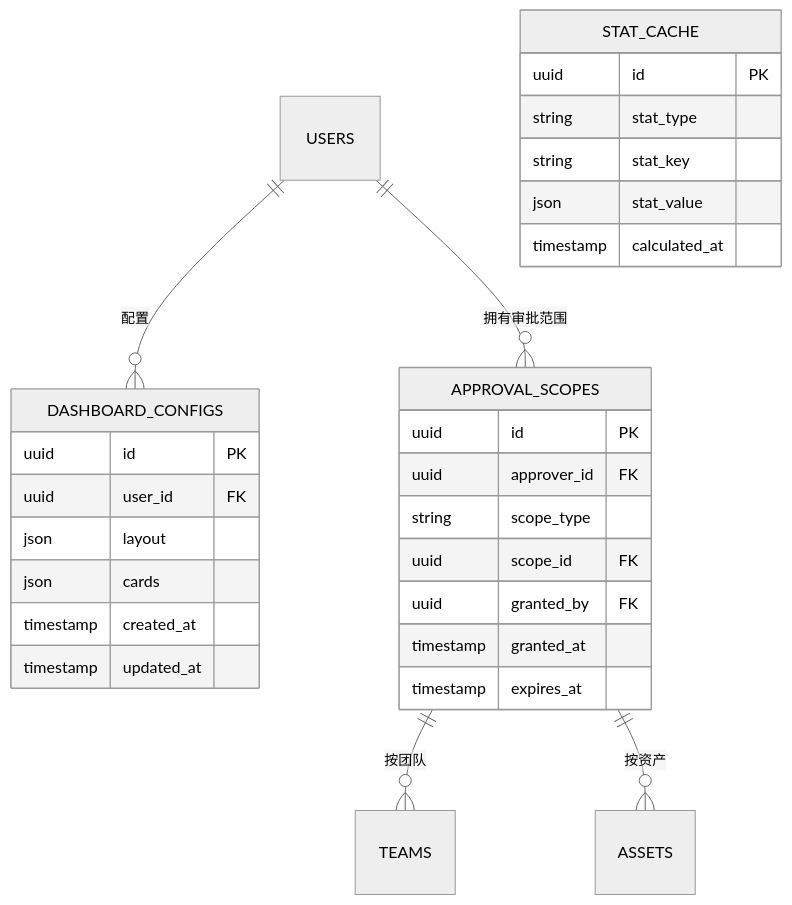
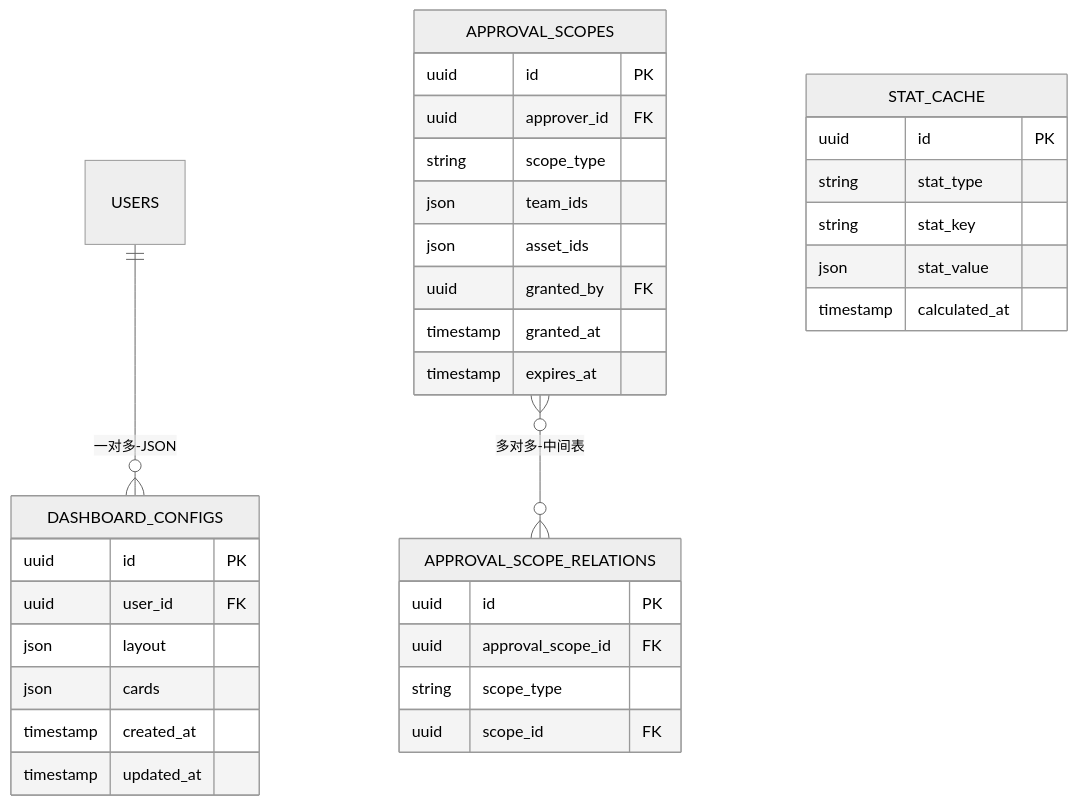
One commit to dayutech/Vuln-Audit-Lifecycle-Management changed the ninth of 11 diagrams in docs/design/er_diagram.md. Above: the diagram before and after it, drawn with Mermaid (neutral theme). The commit also changed other lines of this file and 7 other files, not shown here.

````diff
--- a/docs/design/er_diagram.md
+++ b/docs/design/er_diagram.md
@@ -605,34 +628,40 @@
 ```mermaid
 erDiagram
-    USERS ||--o{ DASHBOARD_CONFIGS : "配置"
-    USERS ||--o{ APPROVAL_SCOPES : "拥有审批范围"
-    APPROVAL_SCOPES ||--o{ TEAMS : "按团队"
-    APPROVAL_SCOPES ||--o{ ASSETS : "按资产"
+    USERS ||--o{ DASHBOARD_CONFIGS : "一对多-JSON"
+    APPROVAL_SCOPES }o--o{ APPROVAL_SCOPE_RELATIONS : "多对多-中间表"
     
     DASHBOARD_CONFIGS {
         uuid id PK
         uuid user_id FK
         json layout
         json cards
         timestamp created_at
         timestamp updated_at
     }
     
     APPROVAL_SCOPES {
         uuid id PK
         uuid approver_id FK
         string scope_type
-        uuid scope_id FK
+        json team_ids
+        json asset_ids
         uuid granted_by FK
         timestamp granted_at
         timestamp expires_at
+    }
+    
+    APPROVAL_SCOPE_RELATIONS {
+        uuid id PK
+        uuid approval_scope_id FK
+        string scope_type
+        uuid scope_id FK
     }
     
     STAT_CACHE {
         uuid id PK
         string stat_type
         string stat_key
         json stat_value
         timestamp calculated_at
     }
 ```
````
